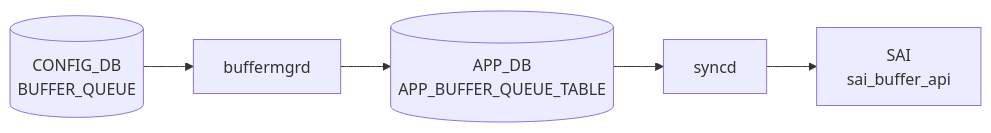
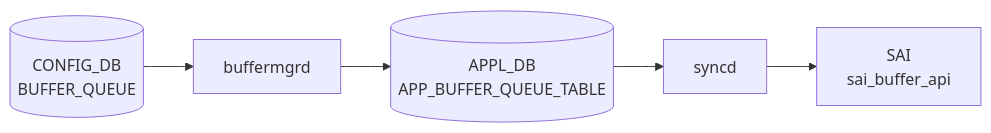
One commit to aoki-taquan/sonic-unofficial-docs changed the diagram in docs/reference/config-db/buffer-queue.md. Above: the diagram before and after it, drawn with Mermaid. The commit also changed 91 other files, not shown here.

First line of the commit message:
fix(review-067): APP_DB→APPL_DB in mermaid labels; exclude APPL_DB pages from auto-gen

````diff
--- a/docs/reference/config-db/buffer-queue.md
+++ b/docs/reference/config-db/buffer-queue.md
@@ -31,12 +31,12 @@
 ```mermaid
 flowchart LR
   CDB[("CONFIG_DB<br/>BUFFER_QUEUE")]
   DM["buffermgrd"]
   CDB --> DM
-  APPDB[("APP_DB<br/>APP_BUFFER_QUEUE_TABLE")]
+  APPDB[("APPL_DB<br/>APP_BUFFER_QUEUE_TABLE")]
   DM --> APPDB
   SYNCD["syncd"]
   APPDB --> SYNCD
   SAI["SAI<br/>sai_buffer_api"]
   SYNCD --> SAI
 ```
````
